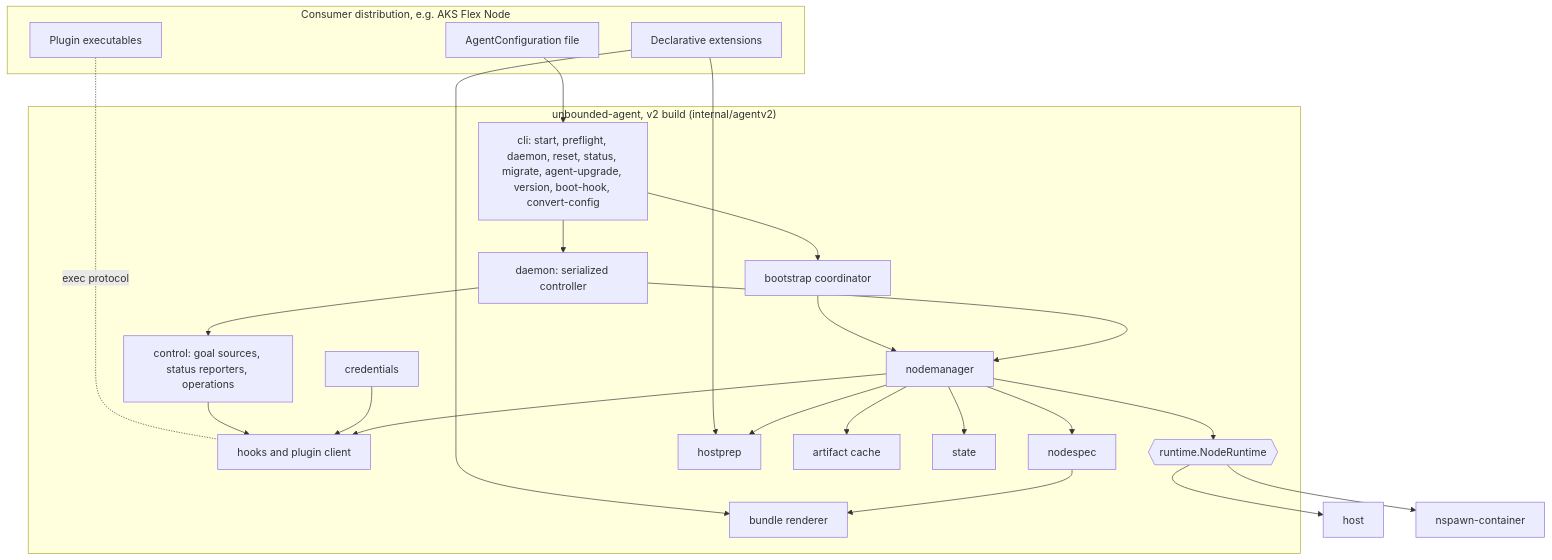
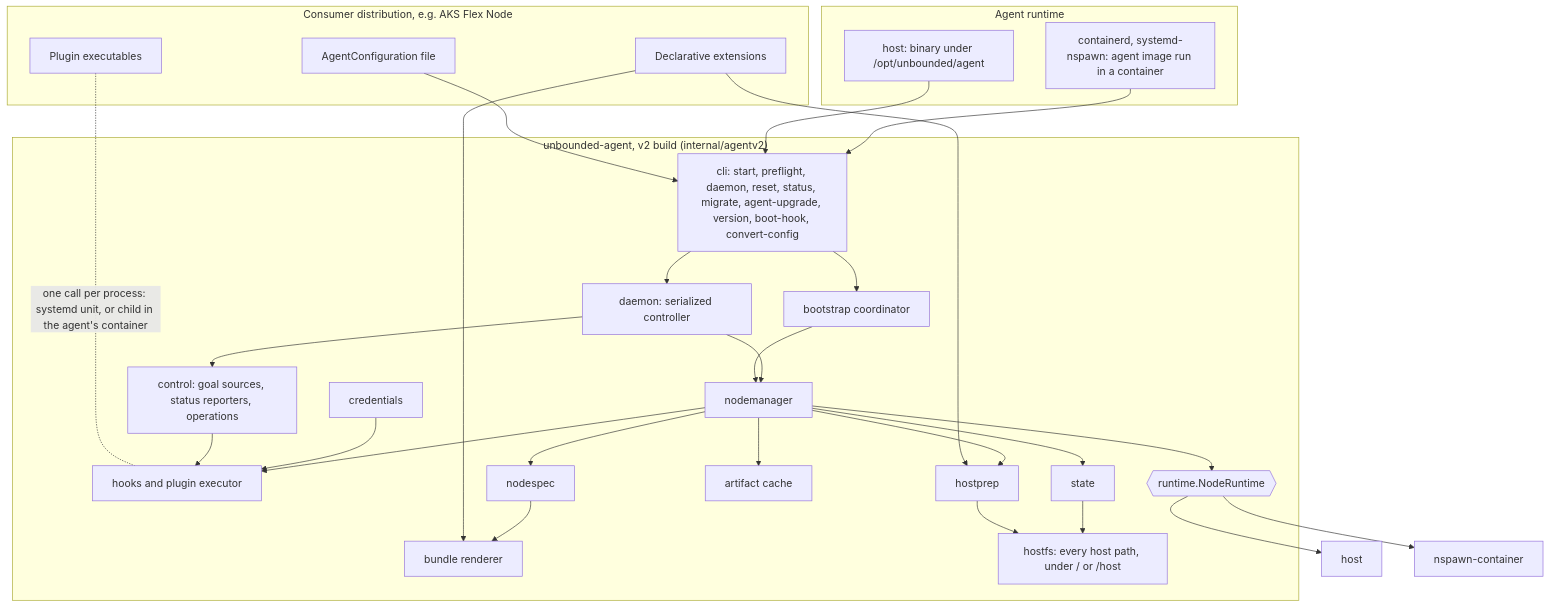
One commit to Azure/unbounded changed the diagram in designs/agent-v2/README.md. Above: the diagram before and after it, drawn with Mermaid. The commit also changed other lines of this file and 12 other files, not shown here.

````diff
--- a/designs/agent-v2/README.md
+++ b/designs/agent-v2/README.md
@@ -221,40 +273,49 @@
 ```mermaid
 flowchart TB
   subgraph Consumer["Consumer distribution, e.g. AKS Flex Node"]
     CFG["AgentConfiguration file"]
     PLG["Plugin executables"]
     EXT["Declarative extensions"]
+  end
+  subgraph AgentRuntime["Agent runtime"]
+    DH["host: binary under /opt/unbounded/agent"]
+    DO["containerd, systemd-nspawn: agent image run in a container"]
   end
   subgraph Agent["unbounded-agent, v2 build (internal/agentv2)"]
     CLI["cli: start, preflight, daemon, reset, status, migrate, agent-upgrade, version, boot-hook, convert-config"]
     BOOT["bootstrap coordinator"]
     DAE["daemon: serialized controller"]
     NM["nodemanager"]
     CTRL["control: goal sources, status reporters, operations"]
     CRED["credentials"]
-    HK["hooks and plugin client"]
+    HK["hooks and plugin executor"]
     SPEC["nodespec"]
     BUN["bundle renderer"]
     HP["hostprep"]
     ART["artifact cache"]
     ST["state"]
+    HFS["hostfs: every host path, under / or /host"]
     RTI{{"runtime.NodeRuntime"}}
   end
   CFG --> CLI
-  PLG -. exec protocol .- HK
+  PLG -. one call per process: systemd unit, or child in the agent's container .- HK
   EXT --> BUN
   EXT --> HP
+  DH --> CLI
+  DO --> CLI
   CLI --> BOOT --> NM
   CLI --> DAE --> NM
   DAE --> CTRL
   NM --> SPEC --> BUN
   NM --> ART
   NM --> ST
   NM --> HP
   NM --> RTI
   CTRL --> HK
   CRED --> HK
   NM --> HK
+  HP --> HFS
+  ST --> HFS
   RTI --> RTH["host"]
   RTI --> RTN["nspawn-container"]
 ```
````
